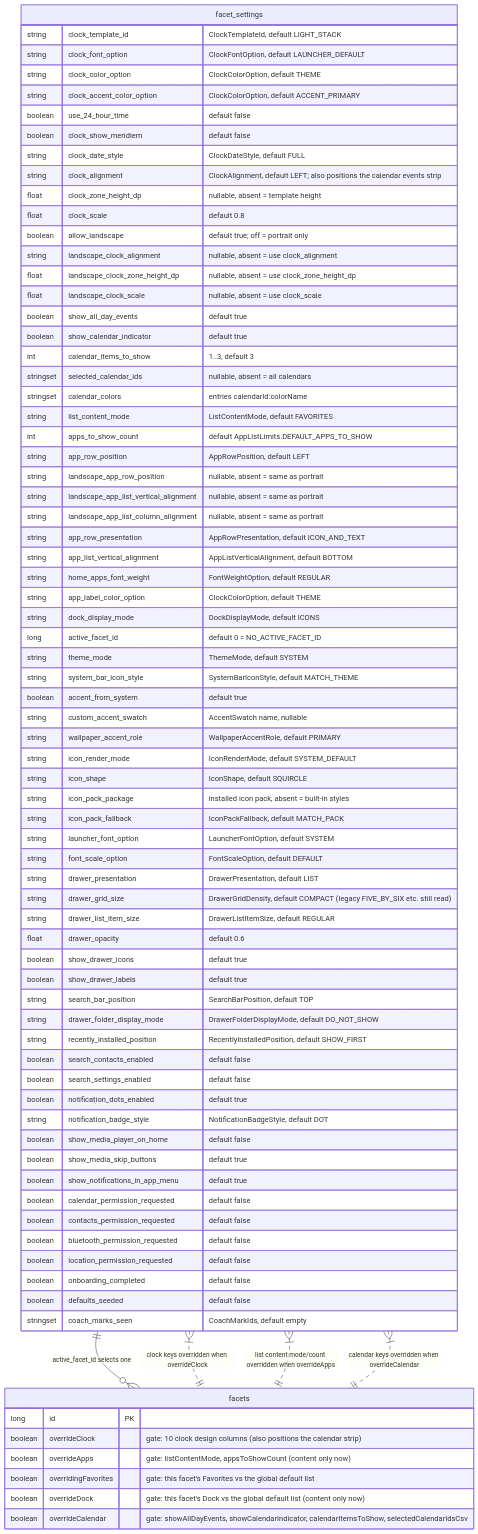
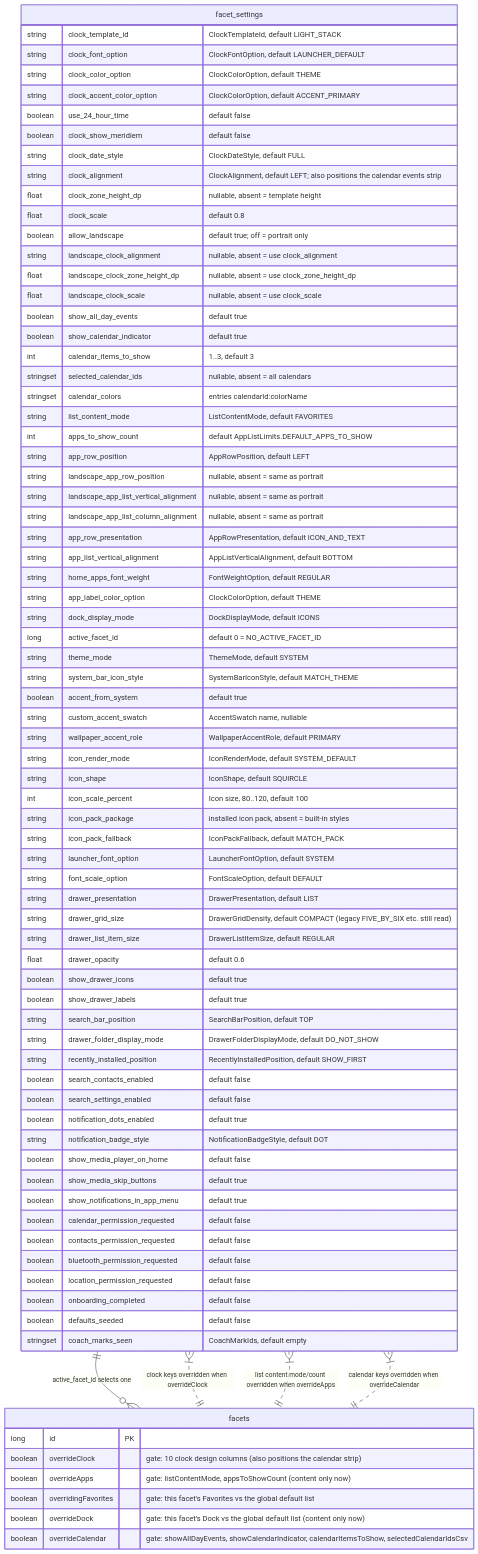
One commit to rohitganjam/facet-launcher changed the third of 3 diagrams in docs/architecture/02-persistence-room.md. Above: the diagram before and after it, drawn with Mermaid. The commit also changed other lines of this file and 78 other files, not shown here.

First line of the commit message:
One icon size with an Icon size slider, Shrink list to fit, Icons and text

```diff
--- a/docs/architecture/02-persistence-room.md
+++ b/docs/architecture/02-persistence-room.md
@@ -417,6 +419,7 @@
         string wallpaper_accent_role "WallpaperAccentRole, default PRIMARY"
         string icon_render_mode "IconRenderMode, default SYSTEM_DEFAULT"
         string icon_shape "IconShape, default SQUIRCLE"
+        int icon_scale_percent "Icon size, 80..120, default 100"
         string icon_pack_package "installed icon pack, absent = built-in styles"
         string icon_pack_fallback "IconPackFallback, default MATCH_PACK"
         string launcher_font_option "LauncherFontOption, default SYSTEM"
```
